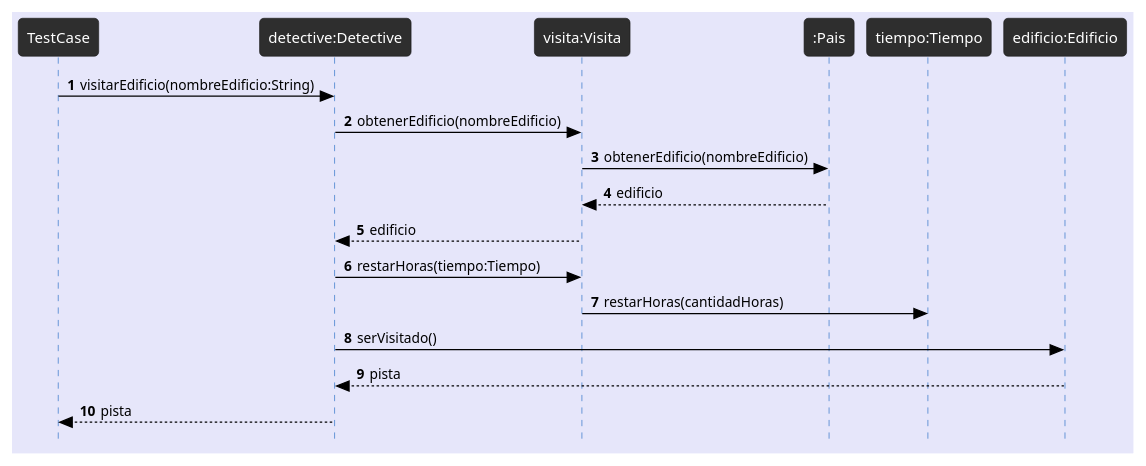
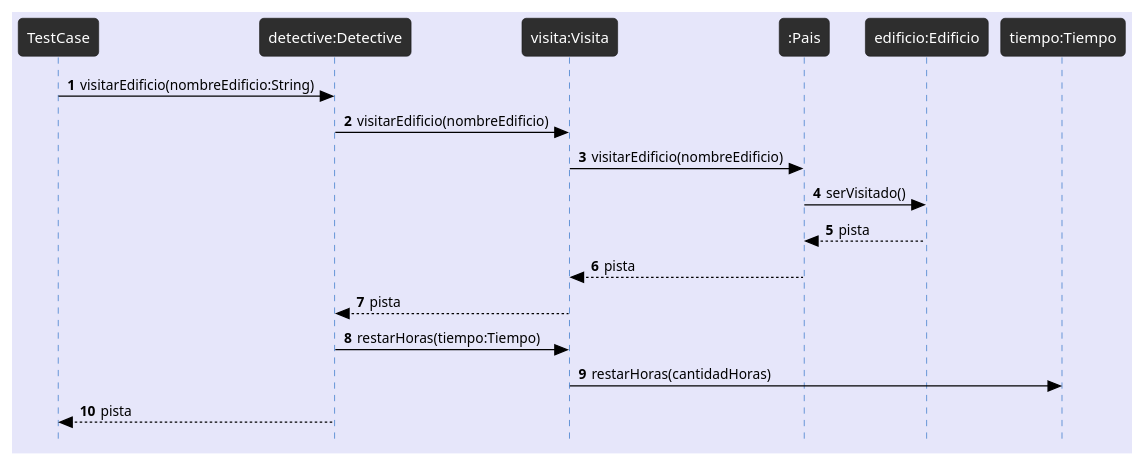
One commit to avilagaston9/algo3_tp2 changed the diagram in docs/Diagramas/Modelo2/Secuencia/detectiveVisitaPorPrimeraVezUnEdificioRecibeElNombre_Modelo2.plantuml. Above: the diagram before and after it, drawn with PlantUML.

Commit message:
detective ya no pide el edificio

```diff
--- a/docs/Diagramas/Modelo2/Secuencia/detectiveVisitaPorPrimeraVezUnEdificioRecibeElNombre_Modelo2.plantuml
+++ b/docs/Diagramas/Modelo2/Secuencia/detectiveVisitaPorPrimeraVezUnEdificioRecibeElNombre_Modelo2.plantuml
@@ -1,29 +1,29 @@
 @startuml
 !theme reddress-darkblue
 autonumber
 skinparam style strictuml
 skinparam BackGroundColor lavender
 skinparam RoundCorner 7
 skinparam SequenceGroupFontColor black
 skinparam SequenceGroupBorderColor black
 skinparam SequenceGroupBorderThickness 0.5
 skinparam ArrowFontColor black
 skinparam ArrowColor black
 skinparam ActorFontColor black
 skinparam participantFontSize 12
 skinparam SequenceLifeLineBackGroundColor 2e2e2e
 
 TestCase -> "detective:Detective" as detective : visitarEdificio(nombreEdificio:String)
-detective -> "visita:Visita" as visita: obtenerEdificio(nombreEdificio)
-visita -> ":Pais" as pais: obtenerEdificio(nombreEdificio)
-pais --> visita : edificio
-visita --> detective : edificio
+detective -> "visita:Visita" as visita: visitarEdificio(nombreEdificio)
+visita -> ":Pais" as pais: visitarEdificio(nombreEdificio)
+pais -> "edificio:Edificio" as edificio: serVisitado()
+pais <-- edificio : pista
+pais --> visita : pista
+visita --> detective : pista
 
 detective -> visita: restarHoras(tiempo:Tiempo)
 visita -> "tiempo:Tiempo" as tiempo : restarHoras(cantidadHoras)
 
-detective -> "edificio:Edificio" as edificio: serVisitado()
-detective <-- edificio : pista
 detective --> TestCase : pista
 
 @enduml
```
